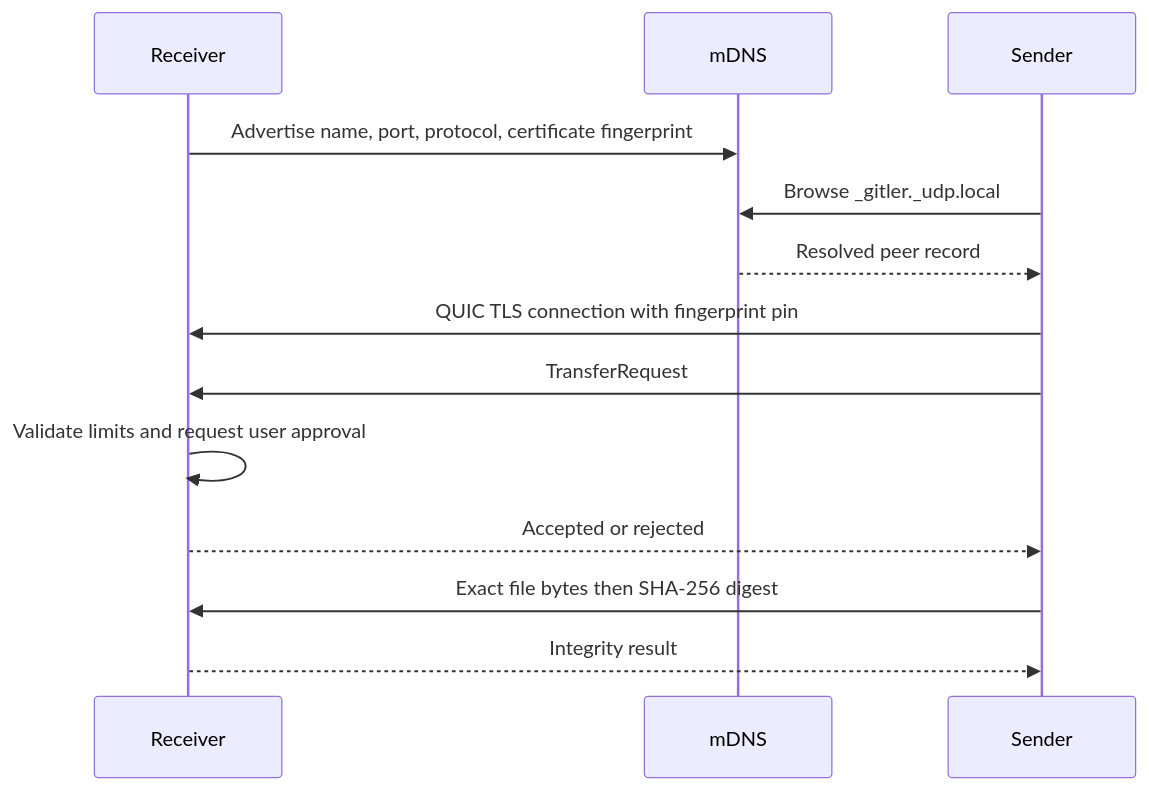
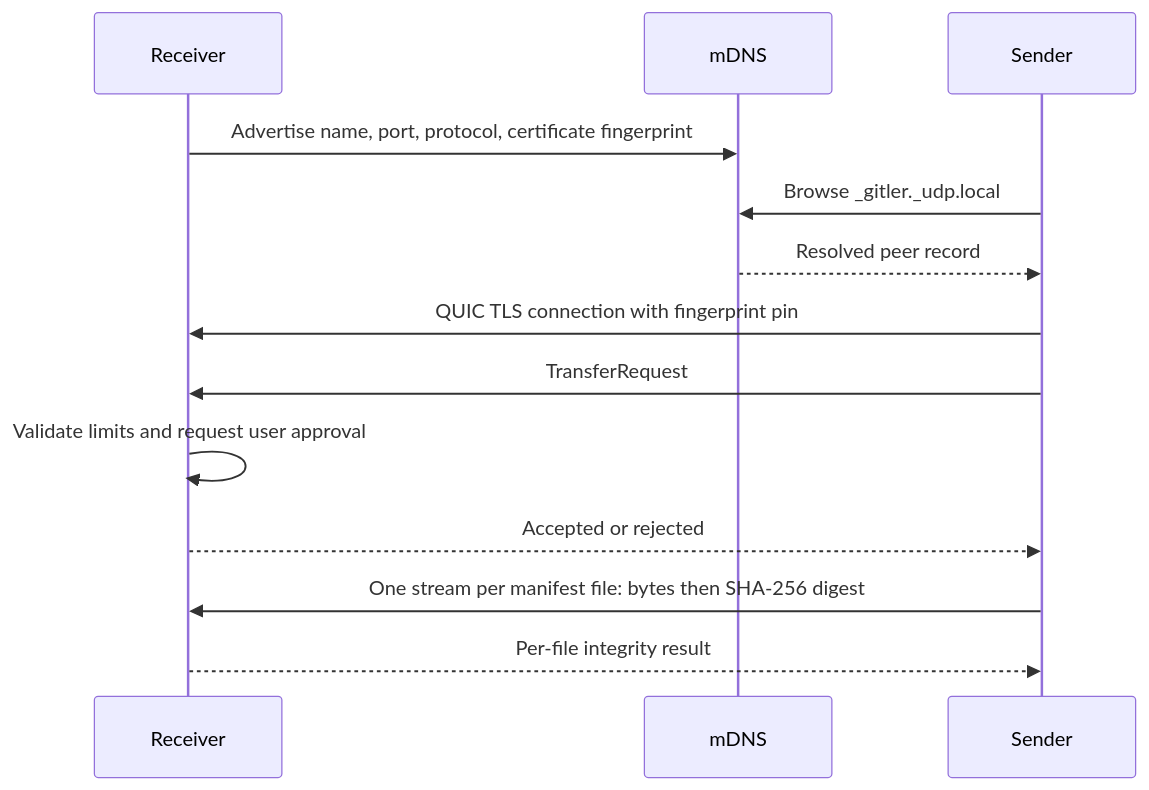
The second of 2 diagrams in docs/architecture.md (BhargavJadhav28/gitler), drawn with Mermaid before and after one commit. The commit also changed other lines of this file and 8 other files, not shown here.

````diff
--- a/docs/architecture.md
+++ b/docs/architecture.md
@@ -29,16 +29,16 @@
 ```mermaid
 sequenceDiagram
     participant R as Receiver
     participant M as mDNS
     participant S as Sender
 
     R->>M: Advertise name, port, protocol, certificate fingerprint
     S->>M: Browse _gitler._udp.local
     M-->>S: Resolved peer record
     S->>R: QUIC TLS connection with fingerprint pin
     S->>R: TransferRequest
     R->>R: Validate limits and request user approval
     R-->>S: Accepted or rejected
-    S->>R: Exact file bytes then SHA-256 digest
-    R-->>S: Integrity result
+    S->>R: One stream per manifest file: bytes then SHA-256 digest
+    R-->>S: Per-file integrity result
 ```
````
